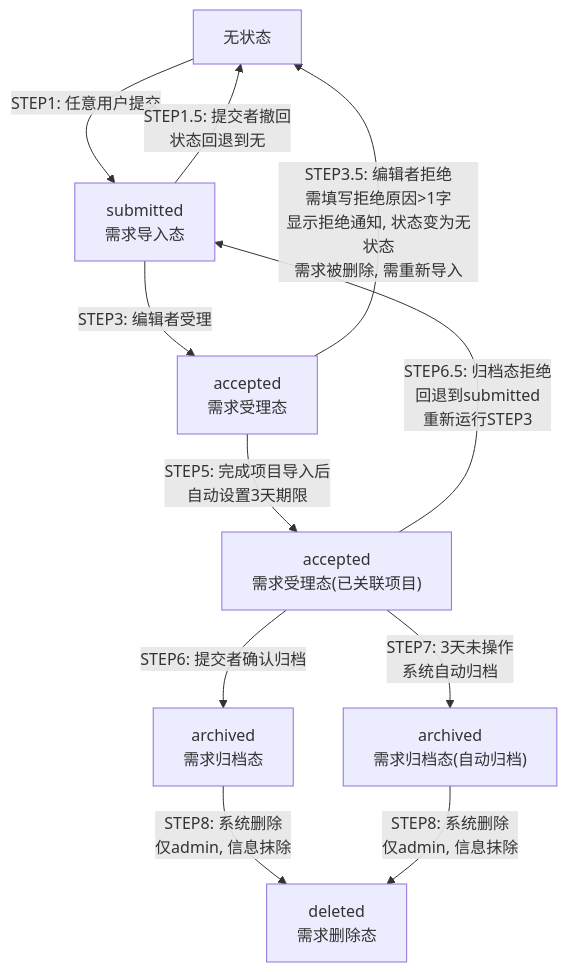
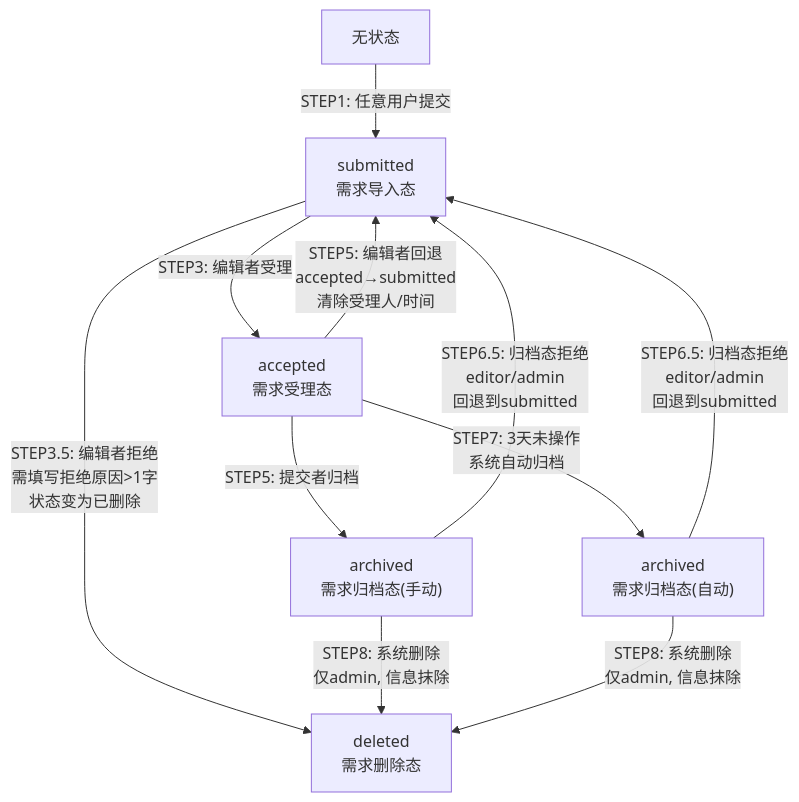
One commit to kill-Japanese/report-check changed the diagram in docs/demand-import-plan.md. Above: the diagram before and after it, drawn with Mermaid. The commit also changed other lines of this file, not shown here.

````diff
--- a/docs/demand-import-plan.md
+++ b/docs/demand-import-plan.md
@@ -71,13 +71,13 @@
 ```mermaid
 flowchart TD
     A["无状态"] -->|STEP1: 任意用户提交| B["submitted<br/>需求导入态"]
-    B -->|STEP1.5: 提交者撤回<br/>状态回退到无| A
     B -->|STEP3: 编辑者受理| C["accepted<br/>需求受理态"]
-    C -->|STEP3.5: 编辑者拒绝<br/>需填写拒绝原因>1字<br/>显示拒绝通知, 状态变为无状态<br/>需求被删除, 需重新导入| A
-    C -->|STEP5: 完成项目导入后<br/>自动设置3天期限| D["accepted<br/>需求受理态(已关联项目)"]
-    D -->|STEP6: 提交者确认归档| E["archived<br/>需求归档态"]
-    D -->|STEP6.5: 归档态拒绝<br/>回退到submitted<br/>重新运行STEP3| B
-    D -->|STEP7: 3天未操作<br/>系统自动归档| F["archived<br/>需求归档态(自动归档)"]
-    E -->|STEP8: 系统删除<br/>仅admin, 信息抹除| G["deleted<br/>需求删除态"]
+    B -->|STEP3.5: 编辑者拒绝<br/>需填写拒绝原因>1字<br/>状态变为已删除| G["deleted<br/>需求删除态"]
+    C -->|STEP5: 提交者归档| E["archived<br/>需求归档态(手动)"]
+    C -->|STEP5: 编辑者回退<br/>accepted→submitted<br/>清除受理人/时间| B
+    C -->|STEP7: 3天未操作<br/>系统自动归档| F["archived<br/>需求归档态(自动)"]
+    E -->|STEP6.5: 归档态拒绝<br/>editor/admin<br/>回退到submitted| B
+    F -->|STEP6.5: 归档态拒绝<br/>editor/admin<br/>回退到submitted| B
+    E -->|STEP8: 系统删除<br/>仅admin, 信息抹除| G
     F -->|STEP8: 系统删除<br/>仅admin, 信息抹除| G
 ```
````
